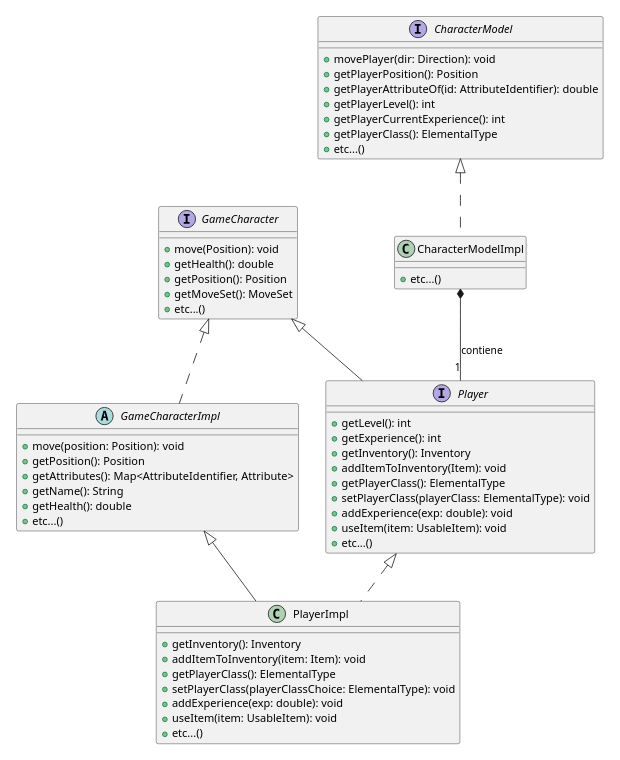
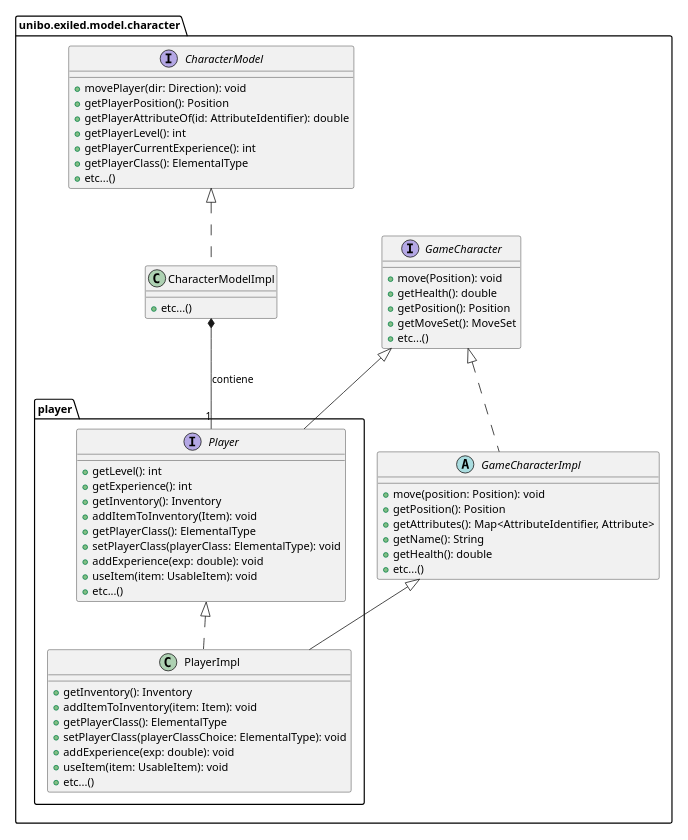
The diagram in docs/player/the-exiled-player-uml.puml (unibo-oop-projects/OOP23-Baldoni-Beylax-Casadei-MarcoMagnani03-Pazzaglia-exiled), drawn with PlantUML before and after one commit. The commit also changed 4 other files, not shown here.

```diff
--- a/docs/player/the-exiled-player-uml.puml
+++ b/docs/player/the-exiled-player-uml.puml
@@ -1,58 +1,66 @@
 @startuml
 scale 0.5
-interface GameCharacter {
-    + move(Position): void
-    + getHealth(): double
-    + getPosition(): Position
-    + getMoveSet(): MoveSet
-    + etc...()
-}
+set separator none
+package unibo.exiled.model.character
+{
+  interface GameCharacter {
+      + move(Position): void
+      + getHealth(): double
+      + getPosition(): Position
+      + getMoveSet(): MoveSet
+      + etc...()
+  }
+  
+  abstract class GameCharacterImpl implements GameCharacter {
+      + move(position: Position): void
+      + getPosition(): Position
+      + getAttributes(): Map<AttributeIdentifier, Attribute>
+      + getName(): String
+      + getHealth(): double
+      + etc...()
+  }
+  
+  package player{
+    interface Player extends GameCharacter {
+        + getLevel(): int
+        + getExperience(): int
+        + getInventory(): Inventory
+        + addItemToInventory(Item): void
+        + getPlayerClass(): ElementalType
+        + setPlayerClass(playerClass: ElementalType): void
+        + addExperience(exp: double): void
+        + useItem(item: UsableItem): void
+        + etc...()
+    }
+    
+    class PlayerImpl extends GameCharacterImpl implements Player {
+        + getInventory(): Inventory
+        + addItemToInventory(item: Item): void
+        + getPlayerClass(): ElementalType
+        + setPlayerClass(playerClassChoice: ElementalType): void
+        + addExperience(exp: double): void
+        + useItem(item: UsableItem): void
+        + etc...()
+    }
+  }
+  
 
-interface Player extends GameCharacter {
-    + getLevel(): int
-    + getExperience(): int
-    + getInventory(): Inventory
-    + addItemToInventory(Item): void
-    + getPlayerClass(): ElementalType
-    + setPlayerClass(playerClass: ElementalType): void
-    + addExperience(exp: double): void
-    + useItem(item: UsableItem): void
-    + etc...()
-}
-
-class PlayerImpl extends GameCharacterImpl implements Player {
-    + getInventory(): Inventory
-    + addItemToInventory(item: Item): void
-    + getPlayerClass(): ElementalType
-    + setPlayerClass(playerClassChoice: ElementalType): void
-    + addExperience(exp: double): void
-    + useItem(item: UsableItem): void
-    + etc...()
-}
-
-abstract class GameCharacterImpl implements GameCharacter {
-    + move(position: Position): void
-    + getPosition(): Position
-    + getAttributes(): Map<AttributeIdentifier, Attribute>
-    + getName(): String
-    + getHealth(): double
-    + etc...()
-}
-
-interface CharacterModel {
-    + movePlayer(dir: Direction): void
-    + getPlayerPosition(): Position
-    + getPlayerAttributeOf(id: AttributeIdentifier): double
-    + getPlayerLevel(): int
-    + getPlayerCurrentExperience(): int
-    + getPlayerClass(): ElementalType
-    + etc...()
-}
-
-class CharacterModelImpl implements CharacterModel {
-     + etc...()
+  
+  interface CharacterModel {
+      + movePlayer(dir: Direction): void
+      + getPlayerPosition(): Position
+      + getPlayerAttributeOf(id: AttributeIdentifier): double
+      + getPlayerLevel(): int
+      + getPlayerCurrentExperience(): int
+      + getPlayerClass(): ElementalType
+      + etc...()
+  }
+  
+  class CharacterModelImpl implements CharacterModel {
+       + etc...()
+  }
 }
 
 CharacterModelImpl *-- "1" Player : contiene
 
 @enduml
```
